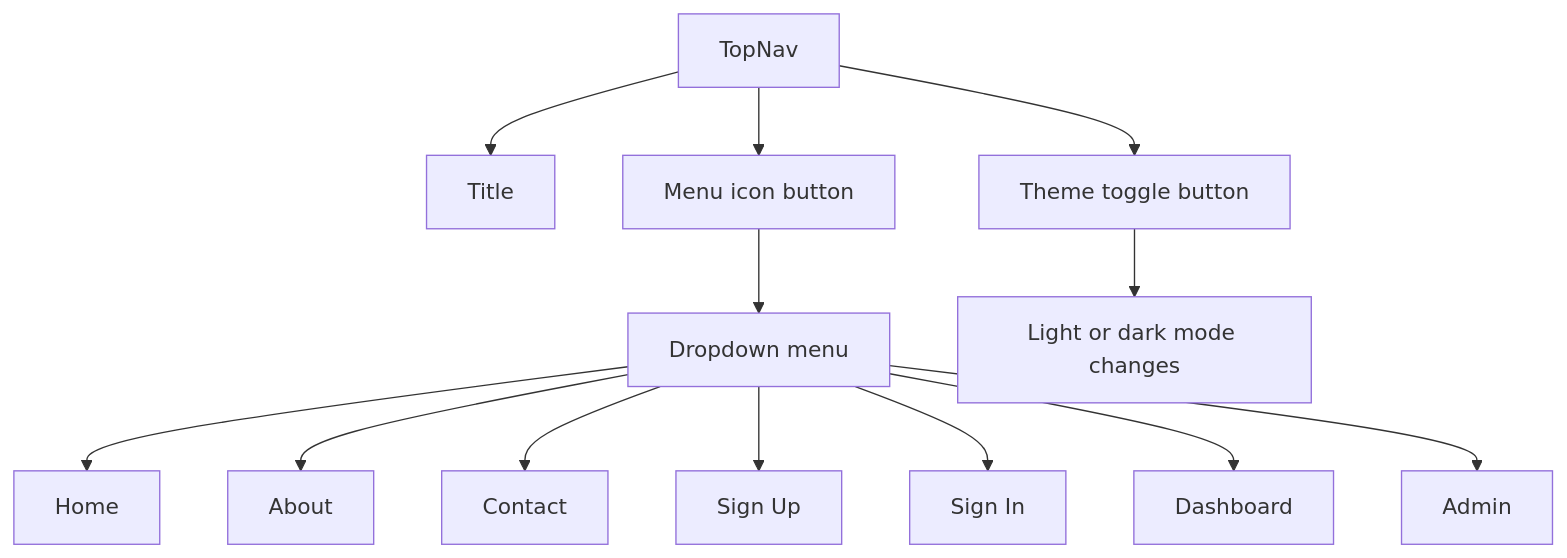
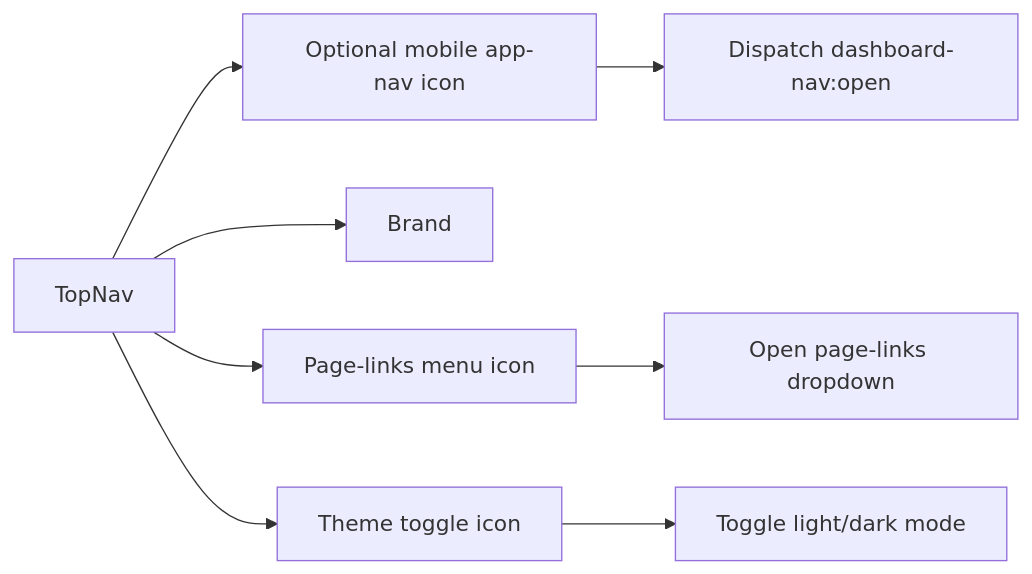
One commit to matthewlovestocode/designated changed the diagram in docs/web/components/top-nav.md. Above: the diagram before and after it, drawn with Mermaid. The commit also changed other lines of this file and 23 other files, not shown here.

````diff
--- a/docs/web/components/top-nav.md
+++ b/docs/web/components/top-nav.md
@@ -277,15 +143,10 @@
 ```mermaid
-flowchart TD
-    A["TopNav"] --> B["Title"]
-    A --> C["Menu icon button"]
-    A --> D["Theme toggle button"]
-    C --> E["Dropdown menu"]
-    E --> F["Home"]
-    E --> G["About"]
-    E --> H["Contact"]
-    E --> I["Sign Up"]
-    E --> J["Sign In"]
-    E --> K["Dashboard"]
-    E --> L["Admin"]
-    D --> M["Light or dark mode changes"]
+flowchart LR
+    A["TopNav"] --> B["Optional mobile app-nav icon"]
+    A --> C["Brand"]
+    A --> D["Page-links menu icon"]
+    A --> E["Theme toggle icon"]
+    B --> F["Dispatch dashboard-nav:open"]
+    D --> G["Open page-links dropdown"]
+    E --> H["Toggle light/dark mode"]
 ```
````
